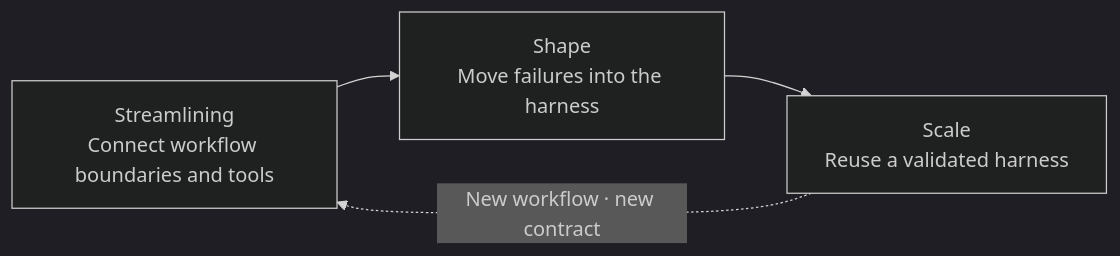
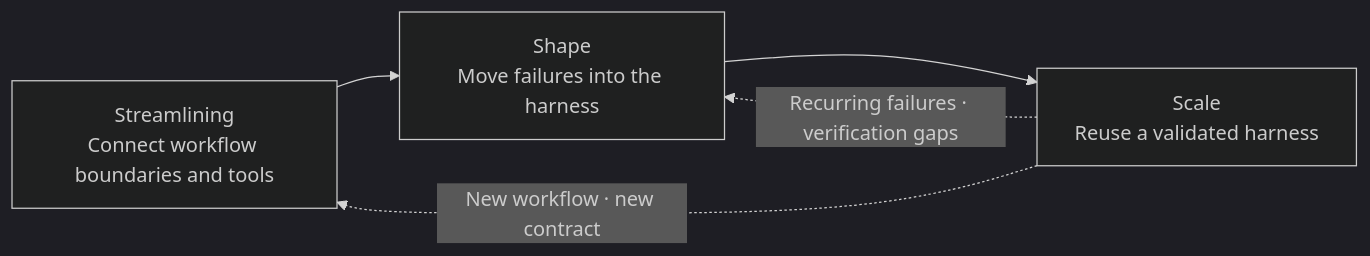
Before and after one commit to haandol/haandol.github.com: the first of 2 diagrams in _en/2026-06-15-organizational-ai-adoption-3s.md, drawn with Mermaid (dark theme). The commit also changed other lines of this file and 1 other file, not shown here.

````diff
--- a/_en/2026-06-15-organizational-ai-adoption-3s.md
+++ b/_en/2026-06-15-organizational-ai-adoption-3s.md
@@ -88,6 +94,7 @@
 ```mermaid
 flowchart LR
     S1["Streamlining<br/>Connect workflow boundaries and tools"] --> S2["Shape<br/>Move failures into the harness"]
     S2 --> S3["Scale<br/>Reuse a validated harness"]
+    S3 -. "Recurring failures · verification gaps" .-> S2
     S3 -. "New workflow · new contract" .-> S1
 ```
````
